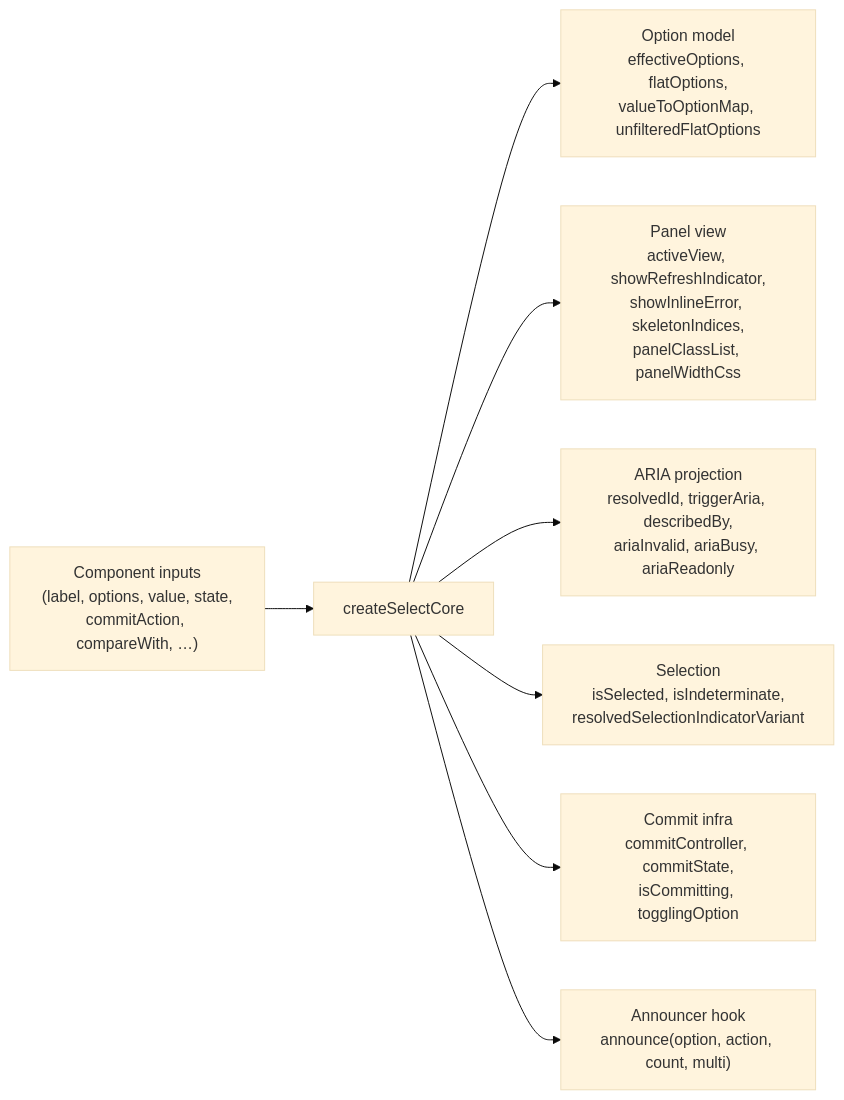
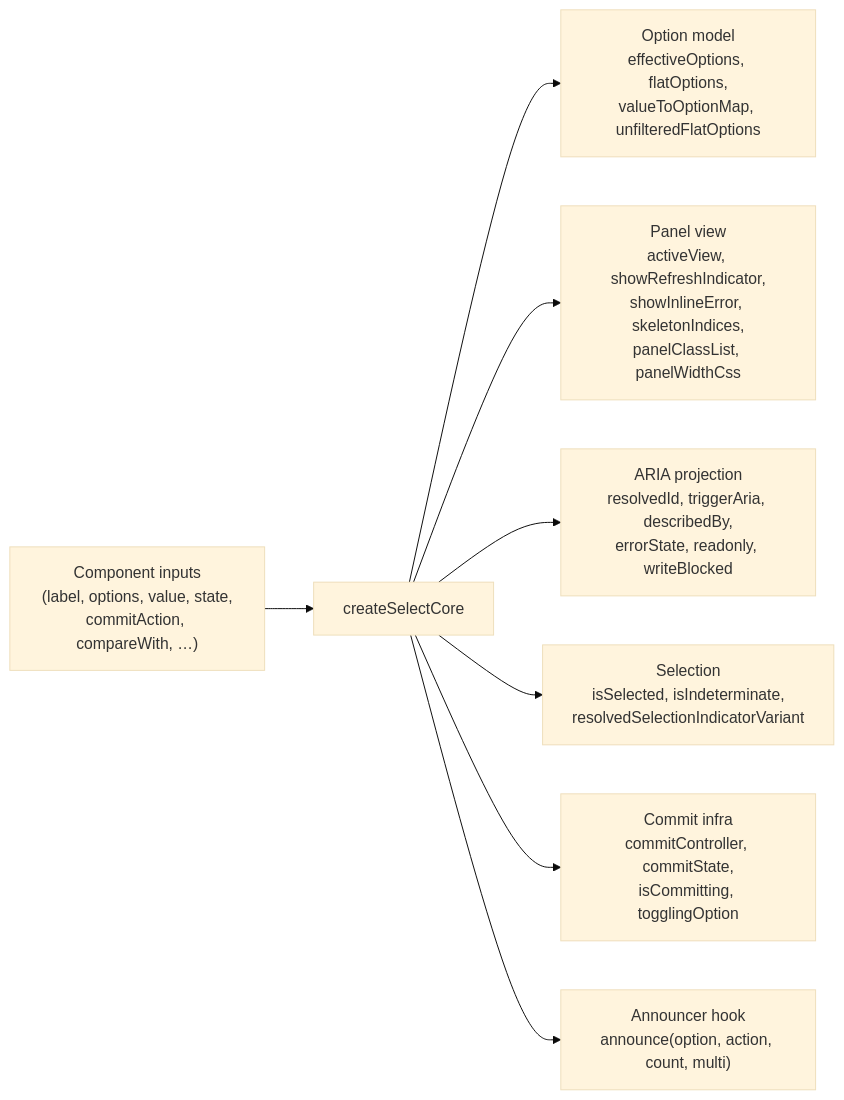
The third of 8 diagrams in projects/forms/select/ARCHITECTURE.md (cngxjs/cngx), drawn with Mermaid (base theme) before and after one commit. The commit also changed other lines of this file and 135 other files, not shown here.

````diff
--- a/projects/forms/select/ARCHITECTURE.md
+++ b/projects/forms/select/ARCHITECTURE.md
@@ -159,11 +160,11 @@
 ```mermaid
 graph LR
   Inputs["Component inputs<br/>(label, options, value, state,<br/>commitAction, compareWith, …)"]
   Inputs --> Core[createSelectCore]
   Core --> Options["Option model<br/>effectiveOptions, flatOptions,<br/>valueToOptionMap, unfilteredFlatOptions"]
   Core --> Panel["Panel view<br/>activeView, showRefreshIndicator,<br/>showInlineError, skeletonIndices,<br/>panelClassList, panelWidthCss"]
-  Core --> Aria["ARIA projection<br/>resolvedId, triggerAria, describedBy,<br/>ariaInvalid, ariaBusy, ariaReadonly"]
+  Core --> Aria["ARIA projection<br/>resolvedId, triggerAria, describedBy,<br/>errorState, readonly, writeBlocked"]
   Core --> Selection["Selection<br/>isSelected, isIndeterminate,<br/>resolvedSelectionIndicatorVariant"]
   Core --> Commit["Commit infra<br/>commitController, commitState,<br/>isCommitting, togglingOption"]
   Core --> Annc["Announcer hook<br/>announce(option, action, count, multi)"]
 ```
````
